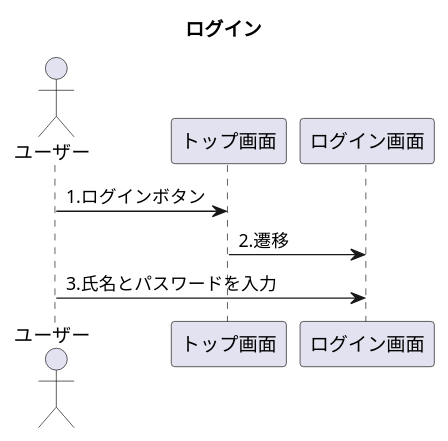
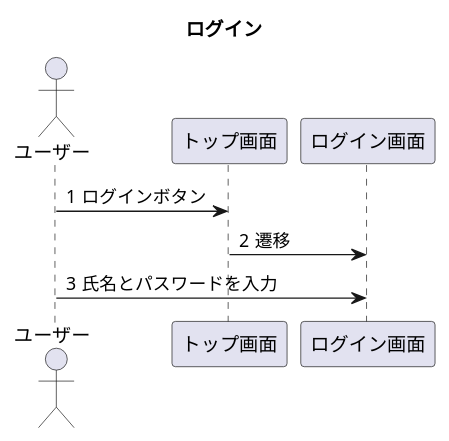
Before and after one commit to Tyamanaka07/WebSystem: the diagram in UML/seq_login.pu, drawn with PlantUML. The commit also changed 5 other files, not shown here.

```diff
--- a/UML/seq_login.pu
+++ b/UML/seq_login.pu
@@ -1,10 +1,10 @@
 @startuml
 title ログイン
+actor ユーザー
+autonumber "#"
 
-actor ユーザー
-
-ユーザー->トップ画面:1.ログインボタン
-トップ画面->ログイン画面:2.遷移
-ユーザー->ログイン画面:3.氏名とパスワードを入力
+ユーザー->トップ画面:ログインボタン
+トップ画面->ログイン画面:遷移
+ユーザー->ログイン画面:氏名とパスワードを入力
 
 @enduml
```
